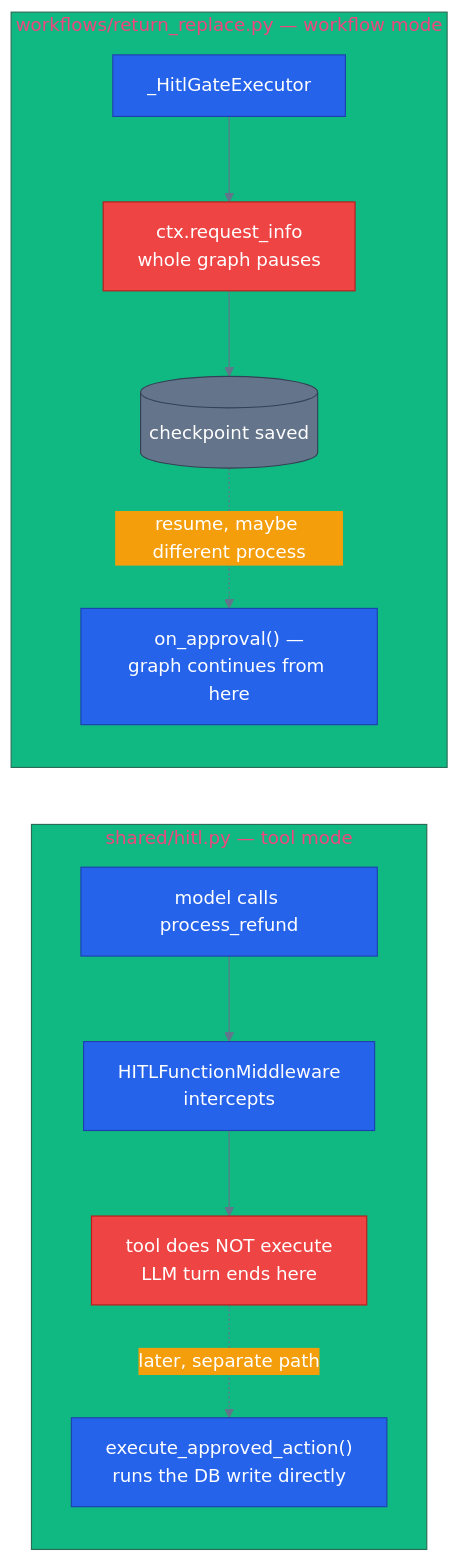
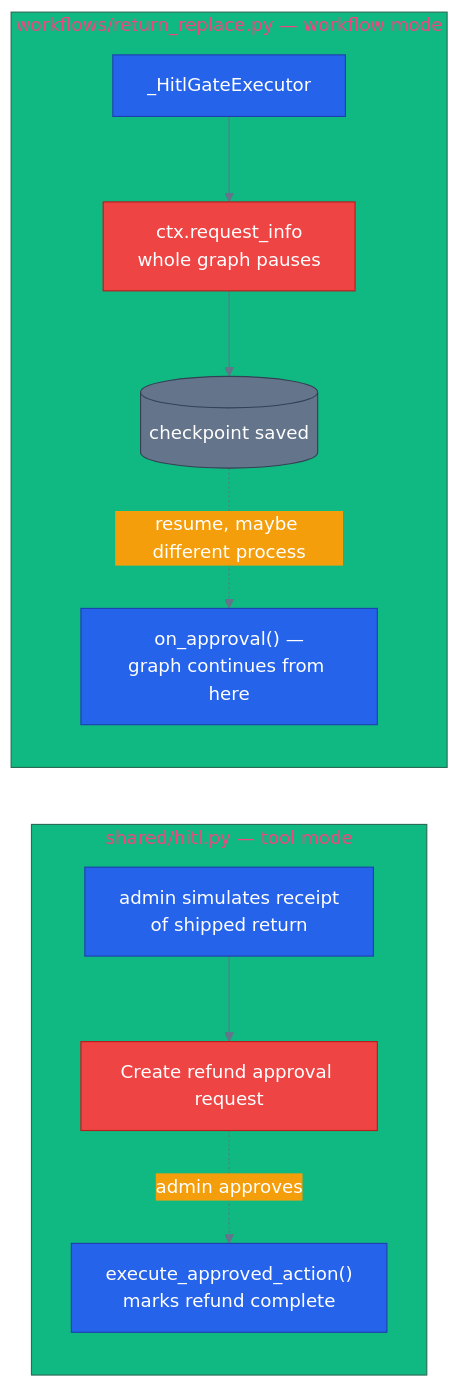
One commit to RoseKing233/mutiple-agent changed the diagram in docs/concepts/11-human-in-the-loop.md. Above: the diagram before and after it, drawn with Mermaid. The commit also changed other lines of this file and 41 other files, not shown here.

Commit message:
Implement return and refund workflow

````diff
--- a/docs/concepts/11-human-in-the-loop.md
+++ b/docs/concepts/11-human-in-the-loop.md
@@ -67,27 +72,26 @@
 ```mermaid
 %%{init: {'theme':'base', 'themeVariables': {
   'primaryColor': '#2563eb','primaryTextColor': '#ffffff','primaryBorderColor': '#1e40af',
   'lineColor': '#64748b','secondaryColor': '#f59e0b','tertiaryColor': '#10b981',
   'background': 'transparent'}}}%%
 flowchart LR
   classDef core    fill:#2563eb,stroke:#1e40af,color:#ffffff
   classDef error   fill:#ef4444,stroke:#b91c1c,color:#ffffff
   classDef success fill:#10b981,stroke:#047857,color:#ffffff
   classDef infra   fill:#64748b,stroke:#334155,color:#ffffff
 
   subgraph mw["shared/hitl.py — tool mode"]
-    t1["model calls process_refund"] --> gate1["HITLFunctionMiddleware<br/>intercepts"]
-    gate1 --> block["tool does NOT execute<br/>LLM turn ends here"]
-    block -.later, separate path.-> exec["execute_approved_action()<br/>runs the DB write directly"]
+    t1["admin simulates receipt<br/>of shipped return"] --> review["Create refund approval request"]
+    review -.admin approves.-> exec["execute_approved_action()<br/>marks refund complete"]
   end
 
   subgraph wf["workflows/return_replace.py — workflow mode"]
     t2["_HitlGateExecutor"] --> pause["ctx.request_info<br/>whole graph pauses"]
     pause --> cp[("checkpoint saved")]
     cp -.resume, maybe different process.-> resume["on_approval() —<br/>graph continues from here"]
   end
 
-  class t1,t2,gate1,exec,resume core
-  class block,pause error
+  class t1,t2,policy,exec,resume core
+  class review,pause error
   class cp infra
 ```
````
